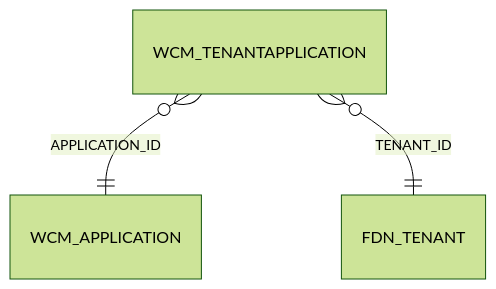
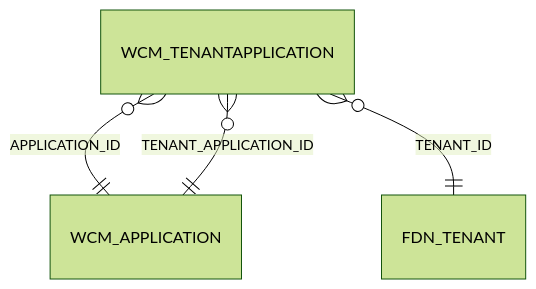
Before and after one commit to isacfg/fluig-sql-docs: diagram 51 of 55 in relationships.md, drawn with Mermaid (forest theme). The commit also changed other lines of this file and 948 other files, not shown here.

````diff
--- a/relationships.md
+++ b/relationships.md
@@ -1376,5 +1432,6 @@
 ```mermaid
 erDiagram
   WCM_TENANTAPPLICATION }o--|| WCM_APPLICATION : "APPLICATION_ID"
   WCM_TENANTAPPLICATION }o--|| FDN_TENANT : "TENANT_ID"
+  WCM_TENANTAPPLICATION }o--|| WCM_APPLICATION : "TENANT_APPLICATION_ID"
 ```
````
